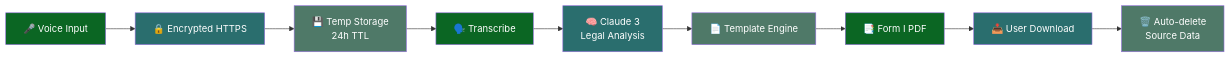
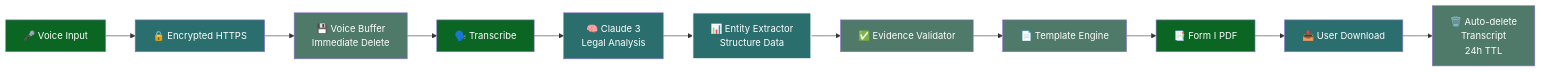
One commit to abelmt07/CitadelAI_AI_For_Bharath_CtrlZ changed the second of 2 diagrams in design.md. Above: the diagram before and after it, drawn with Mermaid. The commit also changed other lines of this file, not shown here.

````diff
--- a/design.md
+++ b/design.md
@@ -53,21 +66,25 @@
 ```mermaid
 graph LR
     A["🎤 Voice Input"] --> B["🔒 Encrypted HTTPS"]
-    B --> C["💾 Temp Storage<br/>24h TTL"]
+    B --> C["💾 Voice Buffer<br/>Immediate Delete"]
     C --> D["🗣️ Transcribe"]
     D --> E["🧠 Claude 3<br/>Legal Analysis"]
-    E --> F["📄 Template Engine"]
-    F --> G["📑 Form I PDF"]
-    G --> H["📥 User Download"]
-    H --> I["🗑️ Auto-delete<br/>Source Data"]
+    E --> F["📊 Entity Extractor<br/>Structure Data"]
+    F --> G["✅ Evidence Validator"]
+    G --> H["📄 Template Engine"]
+    H --> I["📑 Form I PDF"]
+    I --> J["📥 User Download"]
+    J --> K["🗑️ Auto-delete<br/>Transcript<br/>24h TTL"]
     
     style A fill:#0B6623,color:#fff
     style B fill:#2A6E6E,color:#fff
     style C fill:#4F7968,color:#fff
     style D fill:#0B6623,color:#fff
     style E fill:#2A6E6E,color:#fff
-    style F fill:#4F7968,color:#fff
-    style G fill:#0B6623,color:#fff
-    style H fill:#2A6E6E,color:#fff
-    style I fill:#4F7968,color:#fff
+    style F fill:#2A6E6E,color:#fff,stroke:#fff,stroke-width:2px
+    style G fill:#4F7968,color:#fff
+    style H fill:#4F7968,color:#fff
+    style I fill:#0B6623,color:#fff
+    style J fill:#2A6E6E,color:#fff
+    style K fill:#4F7968,color:#fff
 ```
````
